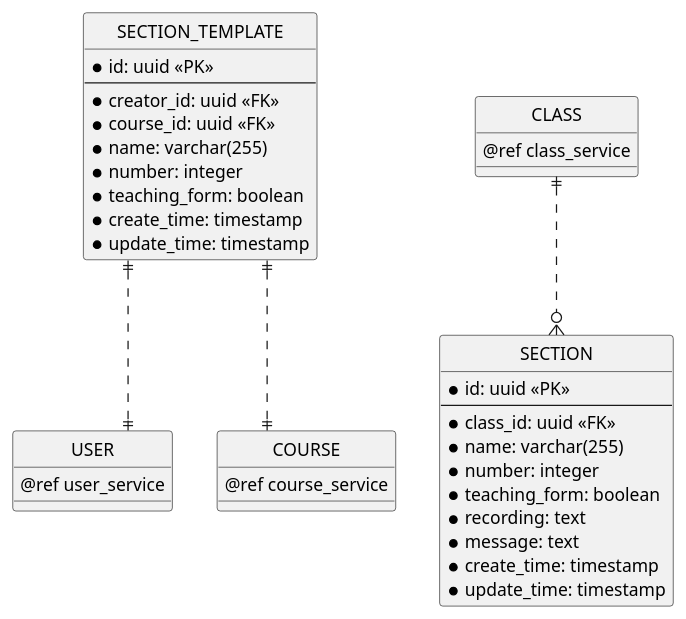
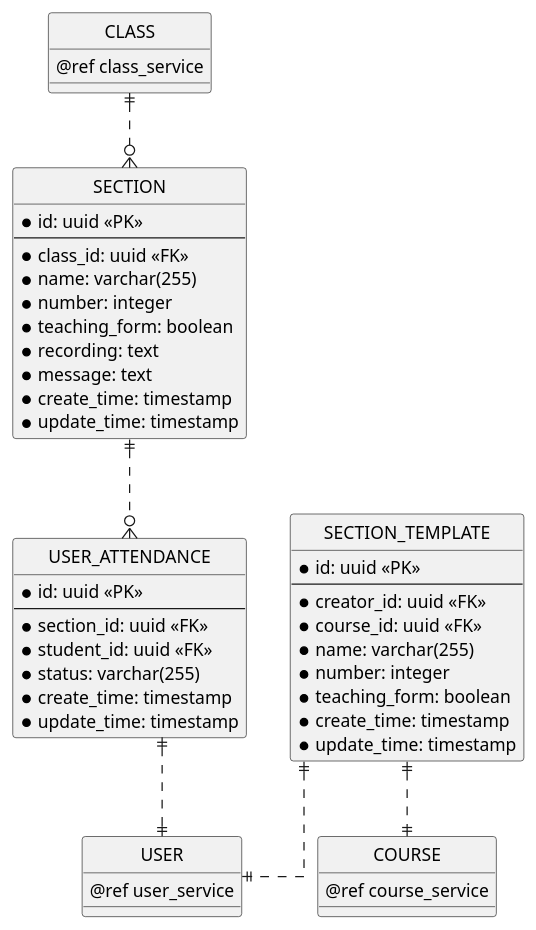
One commit to chungnguyenbkcse/ERD-USECASE-KIDSDRAWING changed the seventh of 12 diagrams in erd.md. Above: the diagram before and after it, drawn with PlantUML. The commit also changed 1 other file, not shown here.

Commit message:
add user_attendent

````diff
--- a/erd.md
+++ b/erd.md
@@ -408,52 +408,64 @@
 ```plantuml
 @startuml section_service
 ' hide the spot
 hide circle
 
 ' avoid problems with angled crows feet
 skinparam linetype ortho
 
 entity "USER" as user {
     @ref user_service
 }
 
 entity "COURSE" as course {
     @ref course_service
 }
 
 entity "SECTION" as section {
     * id: uuid <<PK>>
     --
     * class_id: uuid <<FK>>
     * name: varchar(255)
     * number: integer
     * teaching_form: boolean
     * recording: text
     * message: text
     * create_time: timestamp
     * update_time: timestamp
 }
 
+entity "USER_ATTENDANCE" as user_attendance {
+    * id: uuid <<PK>>
+    --
+    * section_id: uuid <<FK>>
+    * student_id: uuid <<FK>>
+    * status: varchar(255)
+    * create_time: timestamp
+    * update_time: timestamp
+}
+
 entity "SECTION_TEMPLATE" as section_template {
     * id: uuid <<PK>>
     --
     * creator_id: uuid <<FK>>
     * course_id: uuid <<FK>>
     * name: varchar(255)
     * number: integer
     * teaching_form: boolean
     * create_time: timestamp
     * update_time: timestamp
 }
 
 
 entity "CLASS" as class {
     @ref class_service
 }
 
 ' Section Relationship
 class ||..o{ section
+section ||..o{ user_attendance
+user_attendance ||..|| user
 section_template ||..|| user
 section_template ||..|| course
 @enduml
 ```
````
